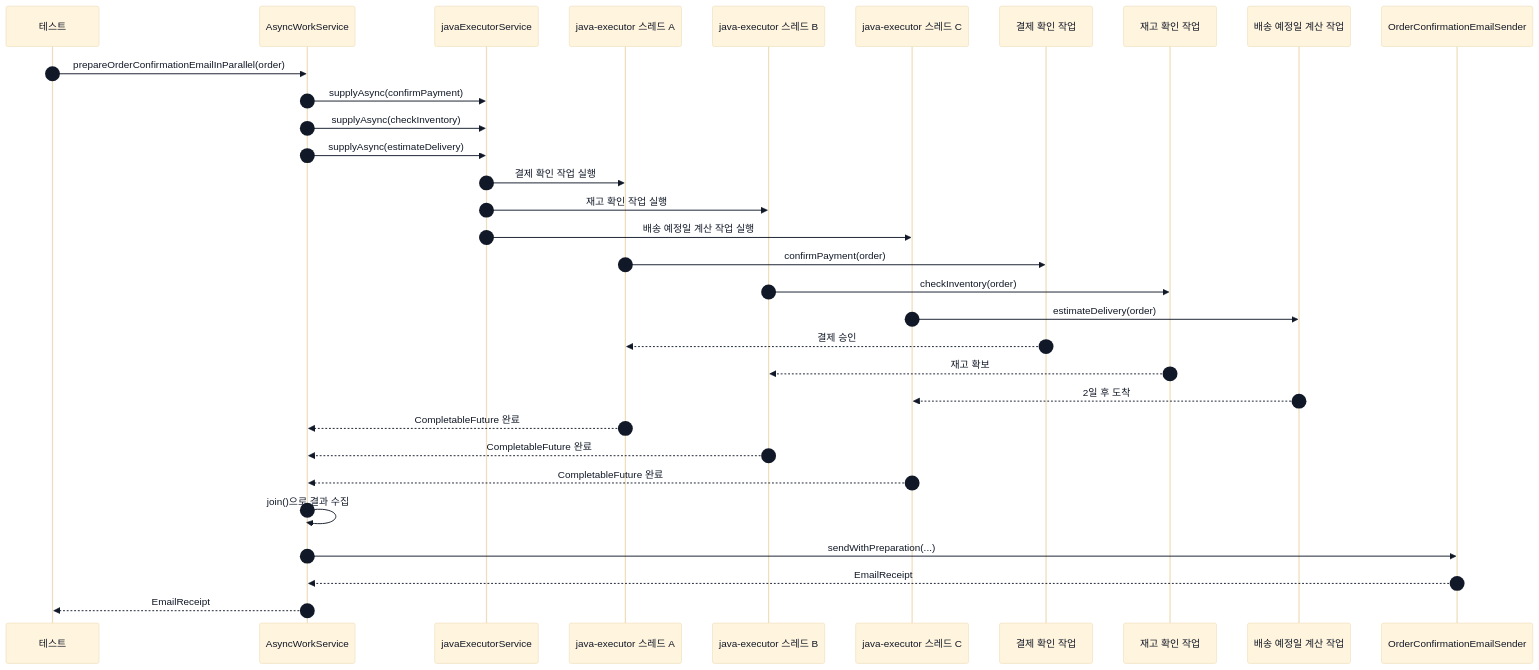
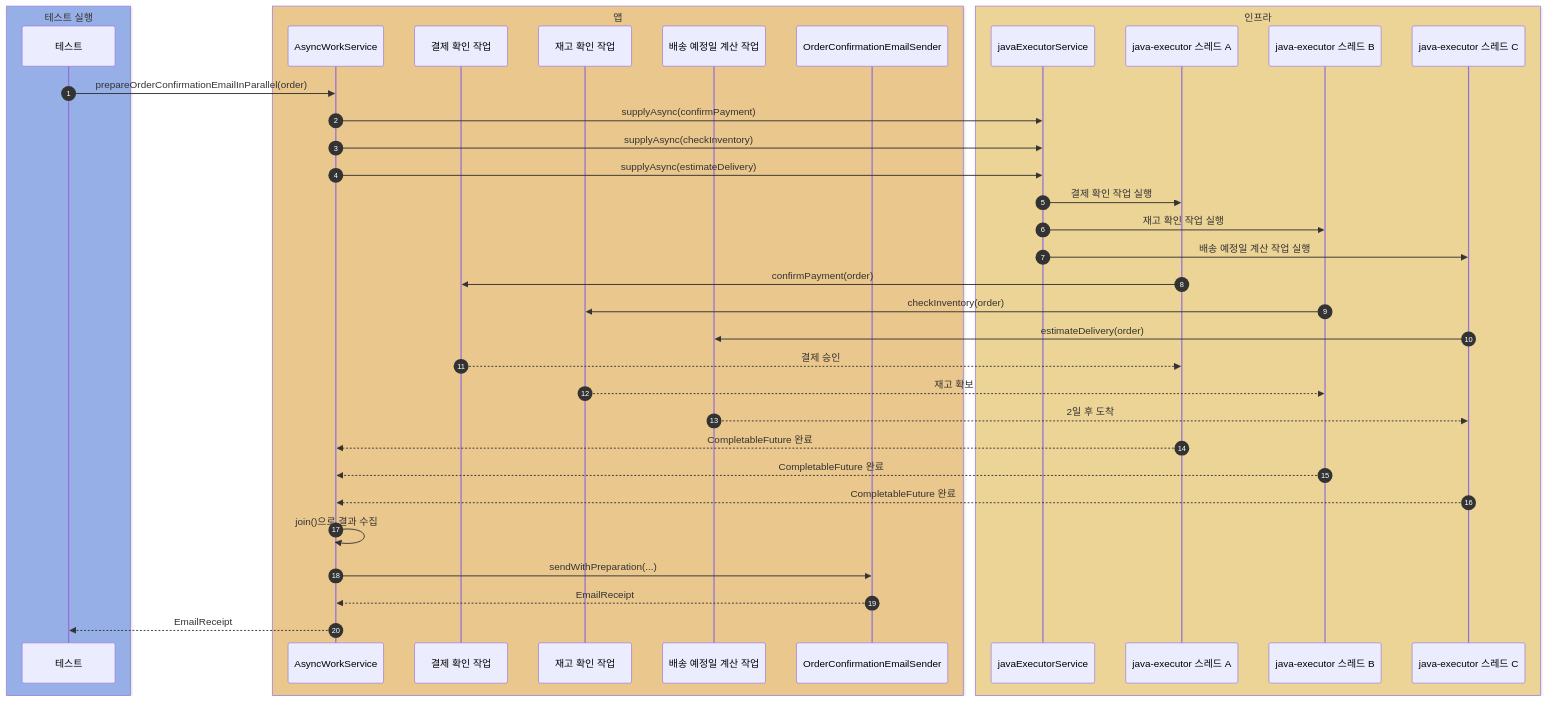
The fifth of 5 diagrams in labs/spring/README.md (HJC96/deep-dive), drawn with Mermaid before and after one commit. The commit also changed other lines of this file and 4 other files, not shown here.

````diff
--- a/labs/spring/README.md
+++ b/labs/spring/README.md
@@ -186,36 +212,44 @@
 ```mermaid
-%%{init: {"theme": "base", "themeVariables": {"primaryTextColor": "#111827", "secondaryTextColor": "#111827", "tertiaryTextColor": "#111827", "actorTextColor": "#111827", "signalTextColor": "#111827", "labelTextColor": "#111827", "noteTextColor": "#111827", "noteBkgColor": "#ffffff", "noteBorderColor": "#374151", "sequenceNumberColor": "#111827"}}}%%
 sequenceDiagram
     autonumber
+
+    box rgba(37, 99, 235, 0.40) 테스트 실행
     participant Test as 테스트
+    end
+
+    box rgba(245, 158, 11, 0.40) 앱
     participant Service as AsyncWorkService
+    participant Payment as 결제 확인 작업
+    participant Inventory as 재고 확인 작업
+    participant Delivery as 배송 예정일 계산 작업
+    participant Sender as OrderConfirmationEmailSender
+    end
+
+    box rgba(251, 191, 36, 0.40) 인프라
     participant Executor as javaExecutorService
     participant WorkerA as java-executor 스레드 A
     participant WorkerB as java-executor 스레드 B
     participant WorkerC as java-executor 스레드 C
-    participant Payment as 결제 확인 작업
-    participant Inventory as 재고 확인 작업
-    participant Delivery as 배송 예정일 계산 작업
-    participant Sender as OrderConfirmationEmailSender
+    end
 
     Test->>Service: prepareOrderConfirmationEmailInParallel(order)
     Service->>Executor: supplyAsync(confirmPayment)
     Service->>Executor: supplyAsync(checkInventory)
     Service->>Executor: supplyAsync(estimateDelivery)
     Executor->>WorkerA: 결제 확인 작업 실행
     Executor->>WorkerB: 재고 확인 작업 실행
     Executor->>WorkerC: 배송 예정일 계산 작업 실행
     WorkerA->>Payment: confirmPayment(order)
     WorkerB->>Inventory: checkInventory(order)
     WorkerC->>Delivery: estimateDelivery(order)
     Payment-->>WorkerA: 결제 승인
     Inventory-->>WorkerB: 재고 확보
     Delivery-->>WorkerC: 2일 후 도착
     WorkerA-->>Service: CompletableFuture 완료
     WorkerB-->>Service: CompletableFuture 완료
     WorkerC-->>Service: CompletableFuture 완료
     Service->>Service: join()으로 결과 수집
     Service->>Sender: sendWithPreparation(...)
     Sender-->>Service: EmailReceipt
     Service-->>Test: EmailReceipt
 ```
````
